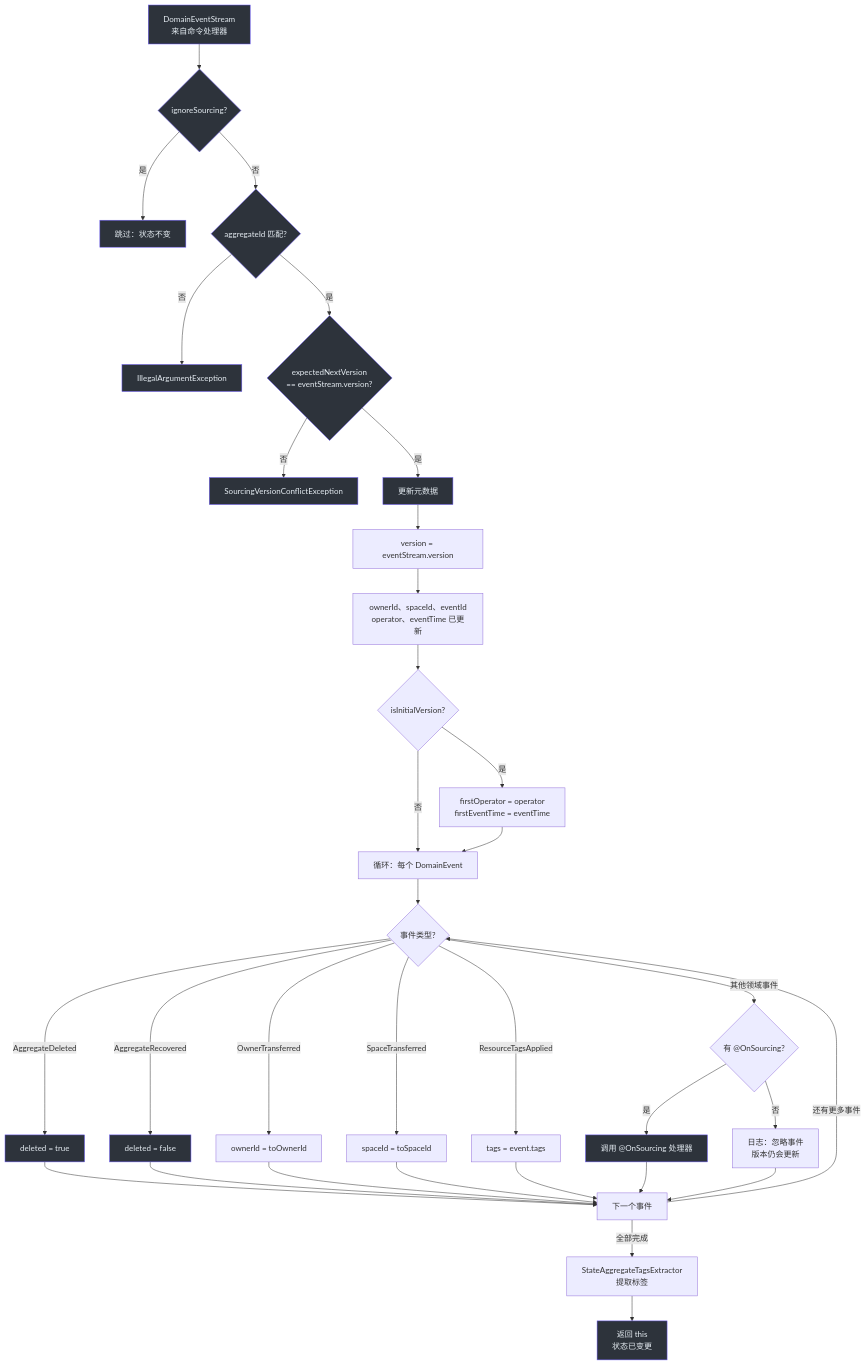
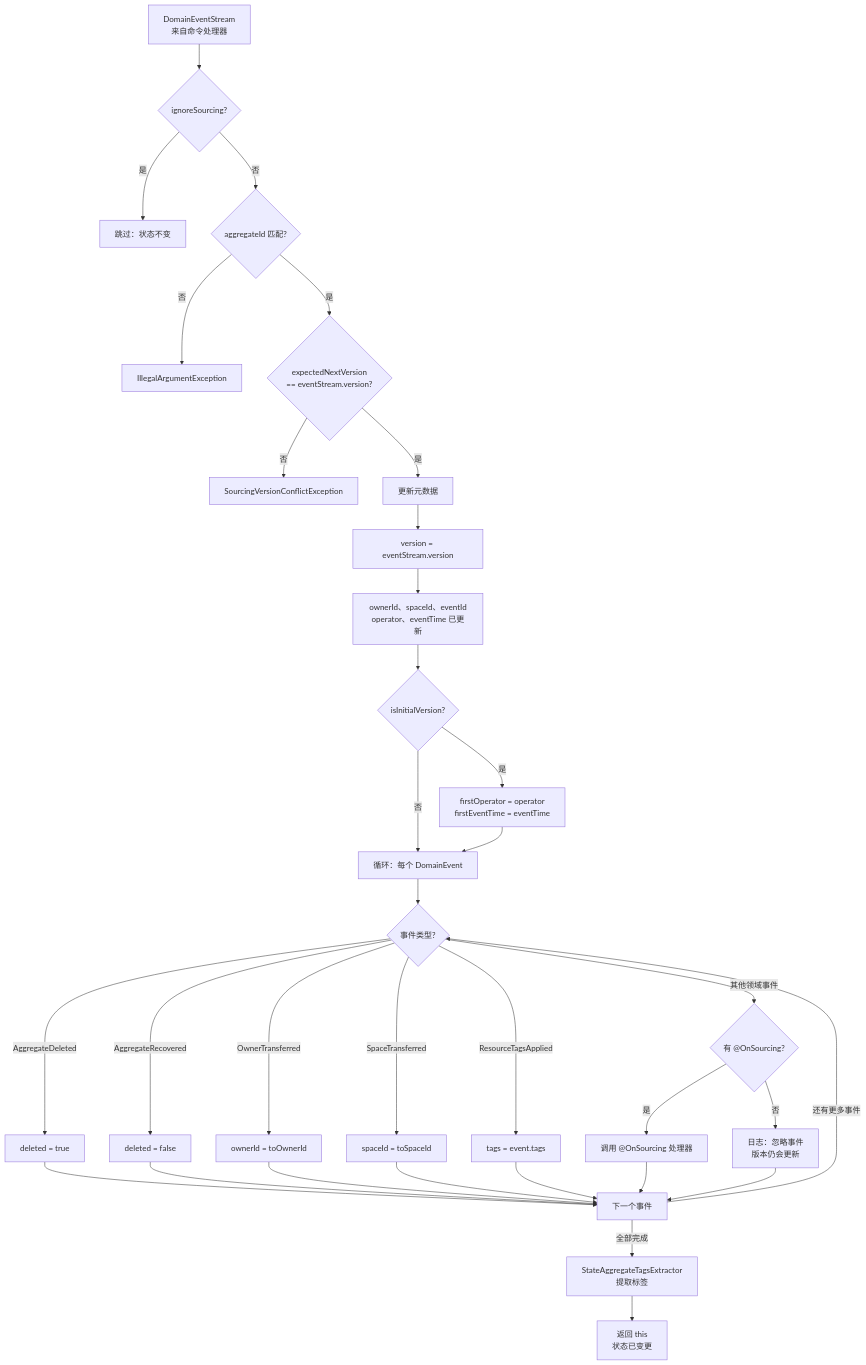
Before and after one commit to Ahoo-Wang/Wow: the third of 4 diagrams in documentation/docs/zh/deep-dive/architecture/aggregate-lifecycle.md, drawn with Mermaid. The commit also changed other lines of this file and 32 other files, not shown here.

Commit message:
docs: remove unsupported style/classDef directives from stateDiagram-v2 Mermaid blocks

````diff
--- a/documentation/docs/zh/deep-dive/architecture/aggregate-lifecycle.md
+++ b/documentation/docs/zh/deep-dive/architecture/aggregate-lifecycle.md
@@ -329,48 +325,36 @@
 ```mermaid
 flowchart TD
     A["DomainEventStream<br>来自命令处理器"] --> B{"ignoreSourcing?"}
     B -->|"是"| Z["跳过：状态不变"]
     B -->|"否"| C{"aggregateId 匹配?"}
     C -->|"否"| ERR1["IllegalArgumentException"]
     C -->|"是"| D{"expectedNextVersion<br>== eventStream.version?"}
     D -->|"否"| ERR2["SourcingVersionConflictException"]
     D -->|"是"| E["更新元数据"]
     E --> F["version = eventStream.version"]
     F --> G["ownerId、spaceId、eventId<br>operator、eventTime 已更新"]
     G --> H{"isInitialVersion?"}
     H -->|"是"| I["firstOperator = operator<br>firstEventTime = eventTime"]
     H -->|"否"| J["循环：每个 DomainEvent"]
     I --> J
     J --> K{"事件类型?"}
     K -->|"AggregateDeleted"| L["deleted = true"]
     K -->|"AggregateRecovered"| M["deleted = false"]
     K -->|"OwnerTransferred"| N["ownerId = toOwnerId"]
     K -->|"SpaceTransferred"| O["spaceId = toSpaceId"]
     K -->|"ResourceTagsApplied"| P["tags = event.tags"]
     K -->|"其他领域事件"| Q{"有 @OnSourcing?"}
     Q -->|"是"| R["调用 @OnSourcing 处理器"]
     Q -->|"否"| S["日志：忽略事件<br>版本仍会更新"]
     L --> T["下一个事件"]
     M --> T
     N --> T
     O --> T
     P --> T
     R --> T
     S --> T
     T -->|"还有更多事件"| K
     T -->|"全部完成"| U["StateAggregateTagsExtractor<br>提取标签"]
     U --> V["返回 this<br>状态已变更"]
 
-    style A fill:#2d333b,stroke:#6d5dfc,color:#e6edf3
-    style B fill:#2d333b,stroke:#6d5dfc,color:#e6edf3
-    style C fill:#2d333b,stroke:#6d5dfc,color:#e6edf3
-    style D fill:#2d333b,stroke:#6d5dfc,color:#e6edf3
-    style E fill:#2d333b,stroke:#6d5dfc,color:#e6edf3
-    style V fill:#2d333b,stroke:#6d5dfc,color:#e6edf3
-    style L fill:#2d333b,stroke:#6d5dfc,color:#e6edf3
-    style M fill:#2d333b,stroke:#6d5dfc,color:#e6edf3
-    style R fill:#2d333b,stroke:#6d5dfc,color:#e6edf3
-    style ERR1 fill:#2d333b,stroke:#6d5dfc,color:#e6edf3
-    style ERR2 fill:#2d333b,stroke:#6d5dfc,color:#e6edf3
-    style Z fill:#2d333b,stroke:#6d5dfc,color:#e6edf3
 ```
````
